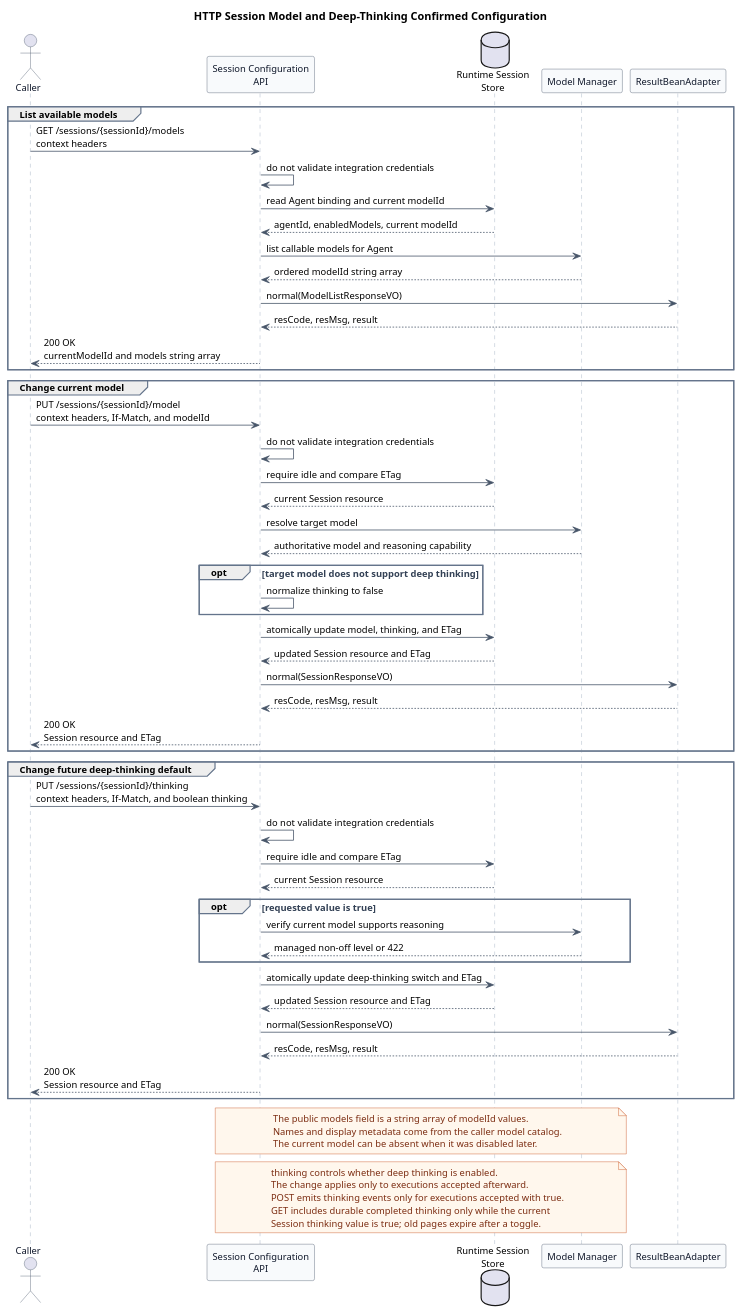
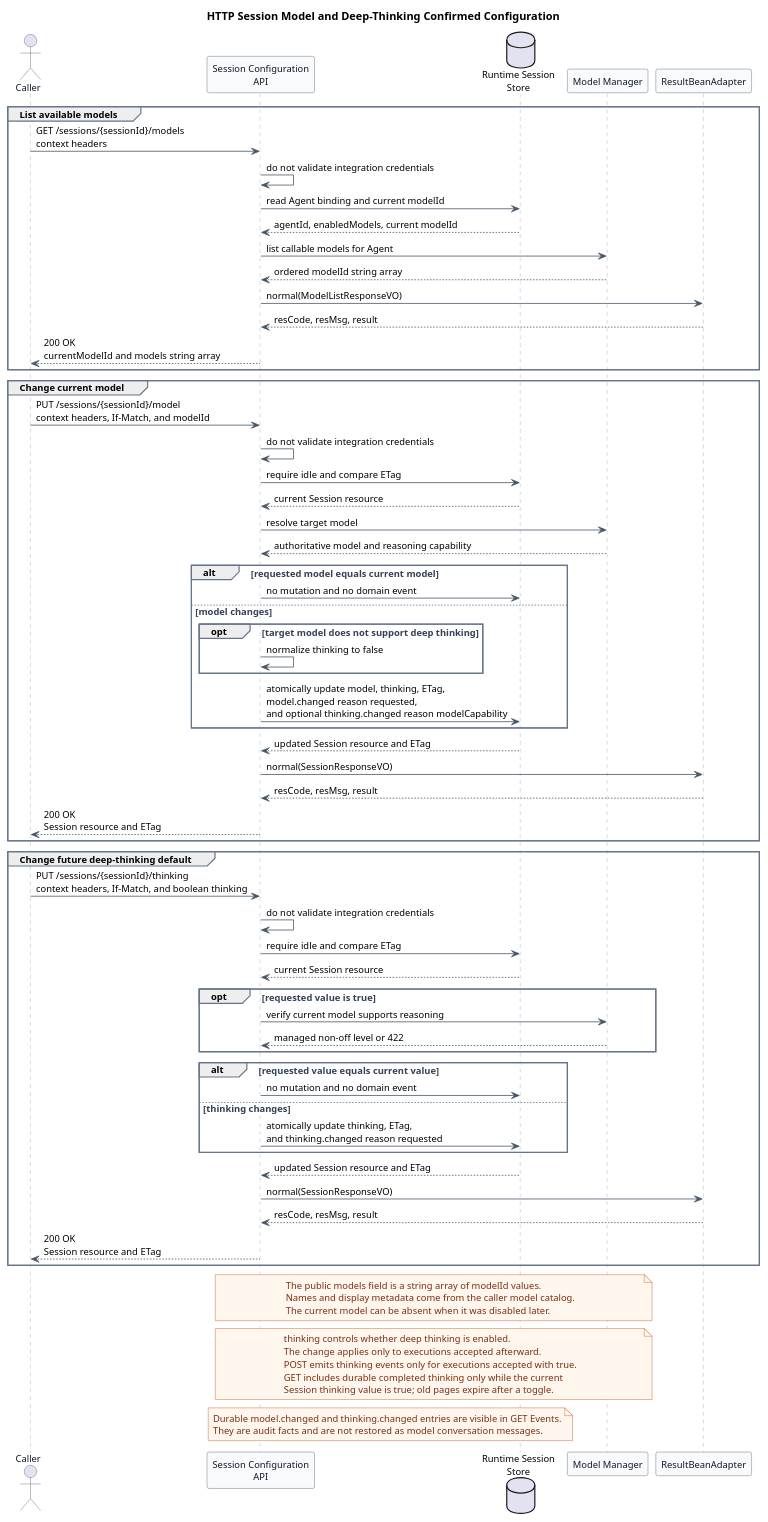
One commit to ssm0808/pi-mono-java-design changed the diagram in pi-mono-java-manager-driven-multi-agent-runtime/diagrams/session-configuration/diagram.puml. Above: the diagram before and after it, drawn with PlantUML. The commit also changed 36 other files, not shown here.

```diff
--- a/pi-mono-java-manager-driven-multi-agent-runtime/diagrams/session-configuration/diagram.puml
+++ b/pi-mono-java-manager-driven-multi-agent-runtime/diagrams/session-configuration/diagram.puml
@@ -1,115 +1,129 @@
 @startuml http_session_model_configuration
 title HTTP Session Model and Deep-Thinking Confirmed Configuration
 
-' Source evidence (pi-mono commit 086c32e74530564922d011ade23ff582c9d63116):
+' Source evidence (pi-mono commit 5cd93f688aaab89dbb6dfa4aca535f21796ae185):
 ' packages/coding-agent/src/core/agent-session.ts, setModel and setThinkingLevel,
 ' lines 1586-1600 and 1684-1730
 ' packages/ai/src/types.ts, Model, lines 793-809
 ' packages/ai/src/models.ts, getSupportedThinkingLevels, lines 900-910
-' Source evidence (pi-mono-java commit 8691e8800f05f28afe22499050c29220ef5b7475):
+' Source evidence (pi-mono-java PR 167 f60cc3e78bb8b700527ac082c7c8e10524ede095):
 ' modules/coding-agent-cli/src/main/java/com/campusclaw/codingagent/runtimeapi/session/RuntimeSessionConfigurationService.java.
 ' modules/coding-agent-cli/src/main/java/com/campusclaw/codingagent/runtimeapi/web/RuntimeSessionConfigurationController.java.
 ' modules/coding-agent-cli/src/main/java/com/campusclaw/codingagent/runtimeapi/model/CatalogRuntimeModelManager.java.
-' Source evidence (pi-mono-java commit 304eda06ff603fc9b6bbcaad0c296cc151a7defb):
+' Source evidence (pi-mono-java PR 167 f60cc3e78bb8b700527ac082c7c8e10524ede095):
 ' modules/coding-agent-cli/src/main/java/com/campusclaw/codingagent/runtimeapi/vo/AvailableModelsResponseVO.java.
 ' modules/coding-agent-cli/src/main/java/com/campusclaw/codingagent/runtimeapi/vo/ChangeModelRequestVO.java.
 ' Observed behavior: current Java paths and model fields are snake_case.
 ' Observed behavior: both pi baselines can list models and change the active model.
 ' Their thinkingLevel values control model reasoning effort.
 ' Confirmed product constraint: HTTP thinking is a boolean deep-thinking switch; false maps to off,
 ' while true maps to a managed non-off level supported by the current model and Agent.
 ' Security hardening: model discovery is Session-scoped and exposes only modelId.
 ' Architecture change: HTTP configuration writes require an idle Session and a matching ETag.
 ' Architecture change: completed thinking content becomes conditionally public in POST and GET events.
+' Architecture change: actual configuration changes append durable domain events in the same transaction.
 ' Architecture change: target HTTP fields use lowerCamelCase while If-Match keeps its header spelling.
 ' Product constraint: all Runtime operations carry integration-context headers without local validation.
 ' Design reason: prevent a configuration change from racing with an active execution while
 ' returning the common Session resource after every successful mutation.
 
 skinparam backgroundColor #FFFFFF
 skinparam shadowing false
 skinparam defaultFontName Arial
 skinparam defaultFontSize 12
 skinparam sequence {
   ArrowColor #475569
   ActorBorderColor #475569
   ActorFontColor #0F172A
   LifeLineBorderColor #94A3B8
   LifeLineBackgroundColor #F8FAFC
   ParticipantBorderColor #475569
   ParticipantBackgroundColor #F8FAFC
   ParticipantFontColor #0F172A
   GroupBorderColor #64748B
   GroupFontColor #334155
 }
 skinparam note {
   BackgroundColor #FFF7ED
   BorderColor #C2410C
   FontColor #7C2D12
 }
 
 actor Caller
 participant "Session Configuration\nAPI" as API
 database "Runtime Session\nStore" as Store
 participant "Model Manager" as Models
 participant ResultBeanAdapter
 
 group List available models
   Caller -> API : GET /sessions/{sessionId}/models\ncontext headers
   API -> API : do not validate integration credentials
   API -> Store : read Agent binding and current modelId
   Store --> API : agentId, enabledModels, current modelId
   API -> Models : list callable models for Agent
   Models --> API : ordered modelId string array
   API -> ResultBeanAdapter : normal(ModelListResponseVO)
   ResultBeanAdapter --> API : resCode, resMsg, result
   API --> Caller : 200 OK\ncurrentModelId and models string array
 end
 
 group Change current model
   Caller -> API : PUT /sessions/{sessionId}/model\ncontext headers, If-Match, and modelId
   API -> API : do not validate integration credentials
   API -> Store : require idle and compare ETag
   Store --> API : current Session resource
   API -> Models : resolve target model
   Models --> API : authoritative model and reasoning capability
-  opt target model does not support deep thinking
-    API -> API : normalize thinking to false
+  alt requested model equals current model
+    API -> Store : no mutation and no domain event
+  else model changes
+    opt target model does not support deep thinking
+      API -> API : normalize thinking to false
+    end
+    API -> Store : atomically update model, thinking, ETag,\nmodel.changed reason requested,\nand optional thinking.changed reason modelCapability
   end
-  API -> Store : atomically update model, thinking, and ETag
   Store --> API : updated Session resource and ETag
   API -> ResultBeanAdapter : normal(SessionResponseVO)
   ResultBeanAdapter --> API : resCode, resMsg, result
   API --> Caller : 200 OK\nSession resource and ETag
 end
 
 group Change future deep-thinking default
   Caller -> API : PUT /sessions/{sessionId}/thinking\ncontext headers, If-Match, and boolean thinking
   API -> API : do not validate integration credentials
   API -> Store : require idle and compare ETag
   Store --> API : current Session resource
   opt requested value is true
     API -> Models : verify current model supports reasoning
     Models --> API : managed non-off level or 422
   end
-  API -> Store : atomically update deep-thinking switch and ETag
+  alt requested value equals current value
+    API -> Store : no mutation and no domain event
+  else thinking changes
+    API -> Store : atomically update thinking, ETag,\nand thinking.changed reason requested
+  end
   Store --> API : updated Session resource and ETag
   API -> ResultBeanAdapter : normal(SessionResponseVO)
   ResultBeanAdapter --> API : resCode, resMsg, result
   API --> Caller : 200 OK\nSession resource and ETag
 end
 
 note over API,Models
 The public models field is a string array of modelId values.
 Names and display metadata come from the caller model catalog.
 The current model can be absent when it was disabled later.
 end note
 
 note over API,Models
 thinking controls whether deep thinking is enabled.
 The change applies only to executions accepted afterward.
 POST emits thinking events only for executions accepted with true.
 GET includes durable completed thinking only while the current
 Session thinking value is true; old pages expire after a toggle.
 end note
+
+note over API,Store
+Durable model.changed and thinking.changed entries are visible in GET Events.
+They are audit facts and are not restored as model conversation messages.
+end note
 @enduml
```
